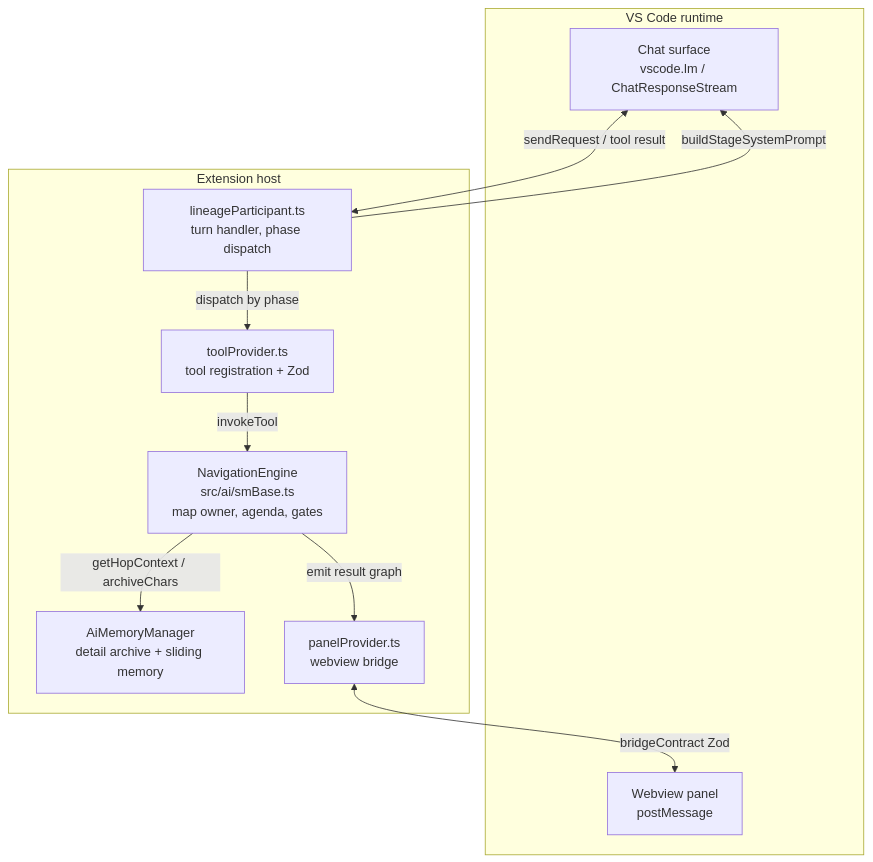
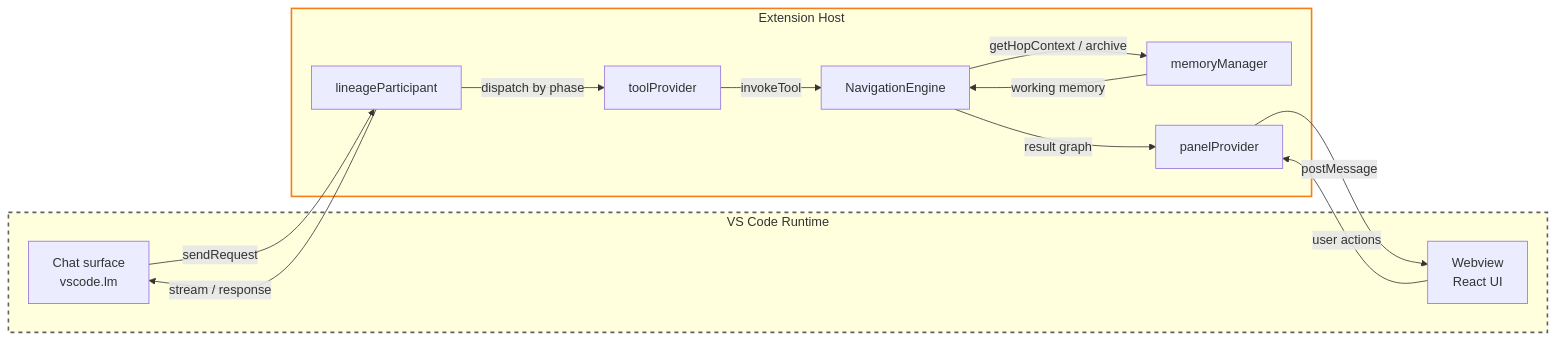
The second of 6 diagrams in docs/ARCHITECTURE.md (ChrisDevRepo/vscode_data_lineage), drawn with Mermaid before and after one commit. The commit also changed other lines of this file and 9 other files, not shown here.

First line of the commit message:
docs+chore: update prompt-architecture references for sections schema

````diff
--- a/docs/ARCHITECTURE.md
+++ b/docs/ARCHITECTURE.md
@@ -29,21 +47,26 @@
 ```mermaid
-graph TB
-    subgraph VSCode[VS Code runtime]
-        CP[Chat surface<br/>vscode.lm / ChatResponseStream]
-        WV[Webview panel<br/>postMessage]
+flowchart LR
+    subgraph VSC[VS Code Runtime]
+        CP[Chat surface<br/>vscode.lm]
+        WV[Webview<br/>React UI]
     end
-    subgraph Extension[Extension host]
-        LP[lineageParticipant.ts<br/>turn handler, phase dispatch]
-        TP[toolProvider.ts<br/>tool registration + Zod]
-        NE[NavigationEngine<br/>src/ai/smBase.ts<br/>map owner, agenda, gates]
-        MM[AiMemoryManager<br/>detail archive + sliding memory]
-        PP[panelProvider.ts<br/>webview bridge]
+    subgraph EXT[Extension Host]
+        LP[lineageParticipant]
+        TP[toolProvider]
+        NE[NavigationEngine]
+        MM[memoryManager]
+        PP[panelProvider]
     end
-    CP <-->|sendRequest / tool result| LP
-    LP -->|buildStageSystemPrompt| CP
+    CP -->|sendRequest| LP
+    LP -->|stream / response| CP
     LP -->|dispatch by phase| TP
     TP -->|invokeTool| NE
-    NE -->|getHopContext / archiveChars| MM
-    NE -->|emit result graph| PP
-    PP <-->|bridgeContract Zod| WV
+    NE -->|getHopContext / archive| MM
+    MM -->|working memory| NE
+    NE -->|result graph| PP
+    PP -->|postMessage| WV
+    WV -->|user actions| PP
+
+    style VSC stroke:#616161,stroke-width:2px,stroke-dasharray:5 5
+    style EXT stroke:#f57f17,stroke-width:2px
 ```
````
